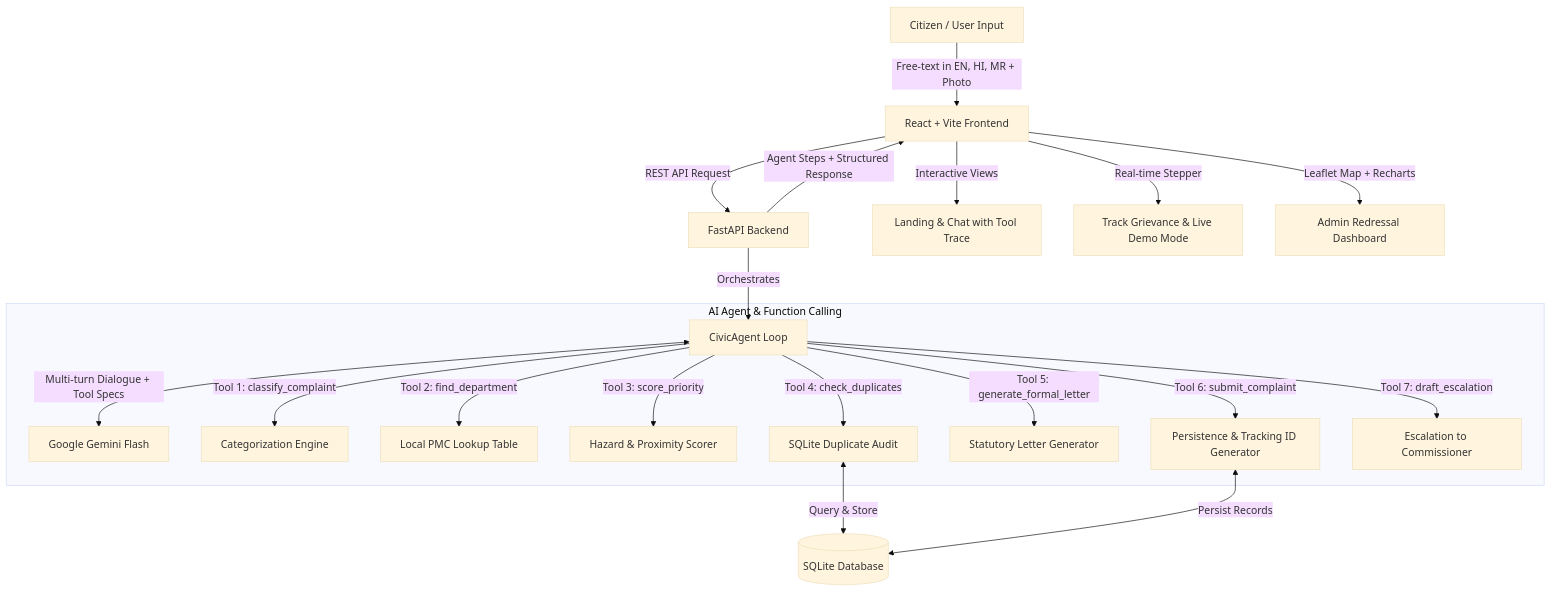
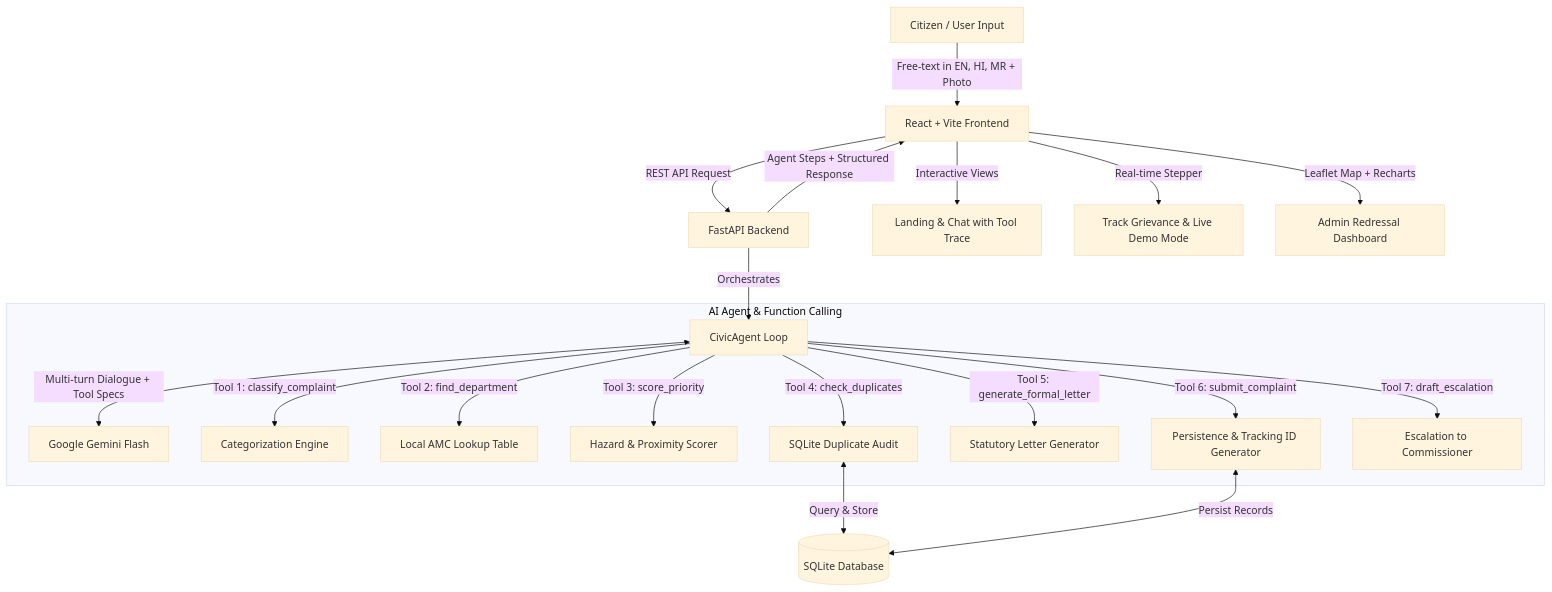
Before and after one commit to HarshalZodge/AI-Mini: the diagram in README.md, drawn with Mermaid (base theme). The commit also changed other lines of this file and 14 other files, not shown here.

````diff
--- a/README.md
+++ b/README.md
@@ -15,25 +15,25 @@
 ```mermaid
 graph TD
     A[Citizen / User Input] -->|Free-text in EN, HI, MR + Photo| B[React + Vite Frontend]
     B -->|REST API Request| C[FastAPI Backend]
     C -->|Orchestrates| D[CivicAgent Loop]
     
     subgraph "AI Agent & Function Calling"
         D <-->|Multi-turn Dialogue + Tool Specs| E[Google Gemini Flash]
         D -->|Tool 1: classify_complaint| F1[Categorization Engine]
-        D -->|Tool 2: find_department| F2[Local PMC Lookup Table]
+        D -->|Tool 2: find_department| F2[Local AMC Lookup Table]
         D -->|Tool 3: score_priority| F3[Hazard & Proximity Scorer]
         D -->|Tool 4: check_duplicates| F4[SQLite Duplicate Audit]
         D -->|Tool 5: generate_formal_letter| F5[Statutory Letter Generator]
         D -->|Tool 6: submit_complaint| F6[Persistence & Tracking ID Generator]
         D -->|Tool 7: draft_escalation| F7[Escalation to Commissioner]
     end
 
     F4 <-->|Query & Store| G[(SQLite Database)]
     F6 <-->|Persist Records| G
     
     C -->|Agent Steps + Structured Response| B
     B -->|Interactive Views| H1[Landing & Chat with Tool Trace]
     B -->|Real-time Stepper| H2[Track Grievance & Live Demo Mode]
     B -->|Leaflet Map + Recharts| H3[Admin Redressal Dashboard]
 ```
````
